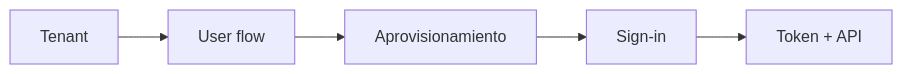
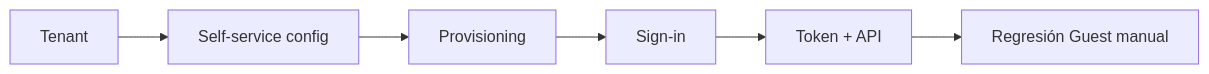
Before and after one commit to cmartinezs/DSY1107-DESARROLLO-CLOUD-NATIVE-I-2026-2: the second of 7 diagrams in docs/identity/entra-guia-completa/04e-self-service-pruebas-troubleshooting.md, drawn with Mermaid. The commit also changed other lines of this file, not shown here.

Commit message:
docs(identity): make self-service verification the second full test pass

````diff
--- a/docs/identity/entra-guia-completa/04e-self-service-pruebas-troubleshooting.md
+++ b/docs/identity/entra-guia-completa/04e-self-service-pruebas-troubleshooting.md
@@ -94,7 +133,8 @@
 ```mermaid
 flowchart LR
-    A[Tenant] --> B[User flow]
-    B --> C[Aprovisionamiento]
+    A[Tenant] --> B[Self-service config]
+    B --> C[Provisioning]
     C --> D[Sign-in]
     D --> E[Token + API]
+    E --> F[Regresión Guest manual]
 ```
````
